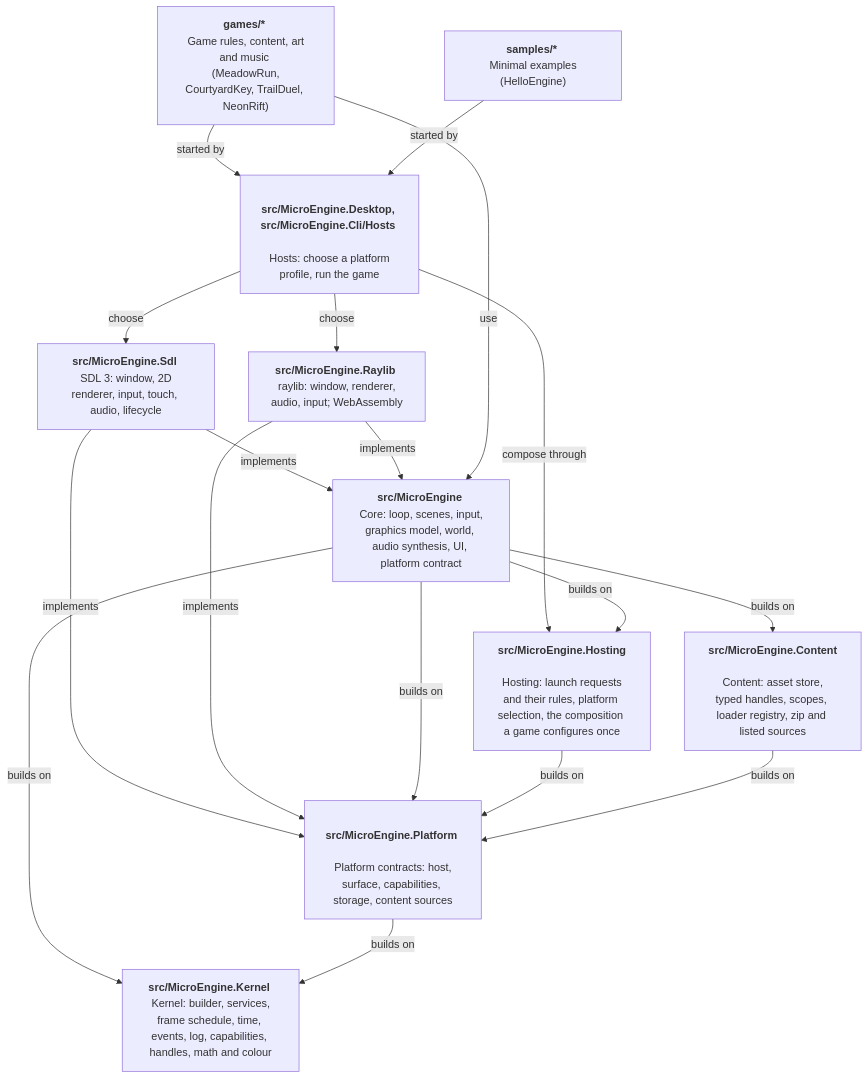
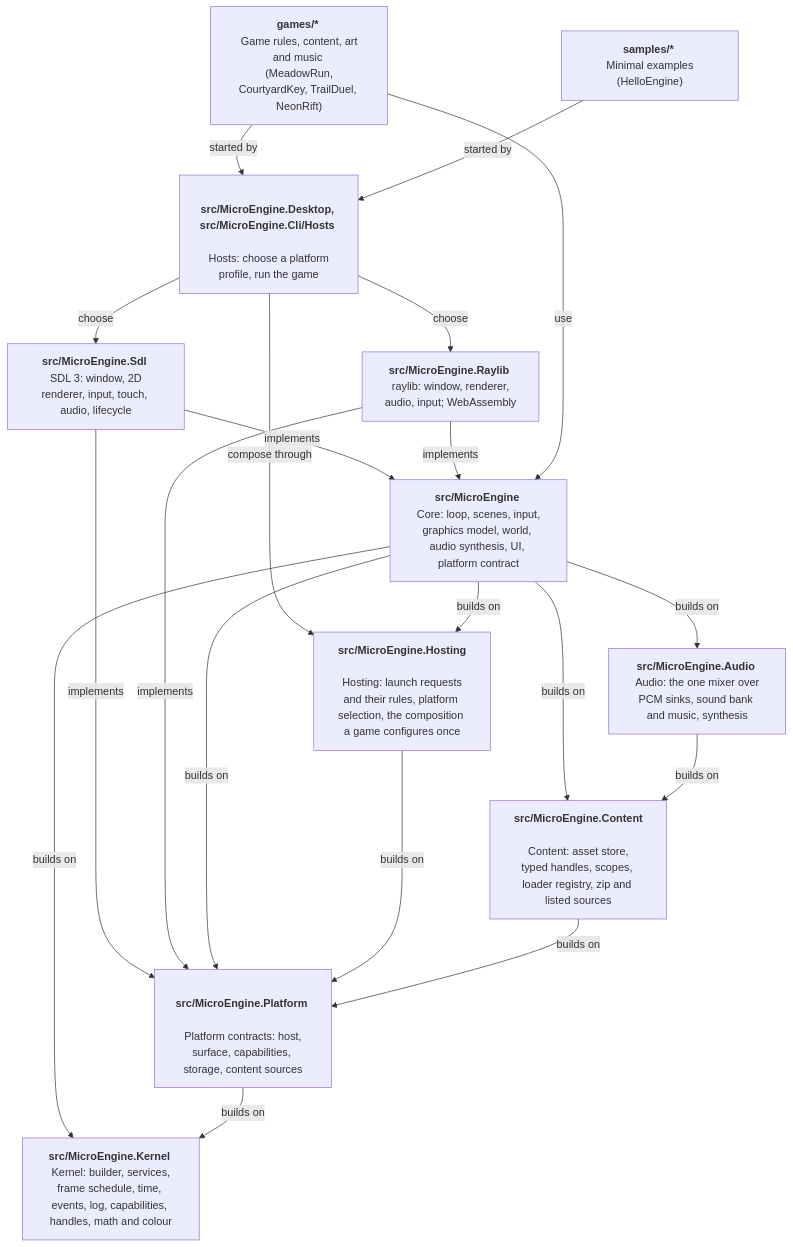
The diagram in docs/architecture.md (NastMz/MicroEngine), drawn with Mermaid before and after one commit. The commit also changed other lines of this file and 41 other files, not shown here.

Commit message:
docs: one mixer on every platform; ADR 0033

````diff
--- a/docs/architecture.md
+++ b/docs/architecture.md
@@ -11,32 +11,35 @@
 ```mermaid
 flowchart TB
   accTitle: Layers
   accDescr: Games and samples start through the hosts, which compose them through hosting and offer the SDL and raylib backends; both implement the platform contract, which builds on the kernel.
   games["<b> games/* </b> <br/> Game rules, content, art and music <br/> (MeadowRun, CourtyardKey, TrailDuel, NeonRift)"]
   samples["<b> samples/* </b> <br/> Minimal examples (HelloEngine)"]
   hosts["<b> src/MicroEngine.Desktop, src/MicroEngine.Cli/Hosts </b> <br/> Hosts: choose a platform profile, run the game"]
   sdl["<b> src/MicroEngine.Sdl </b> <br/> SDL 3: window, 2D renderer, input, touch, audio, lifecycle"]
   raylib["<b> src/MicroEngine.Raylib </b> <br/> raylib: window, renderer, audio, input; WebAssembly"]
   core["<b> src/MicroEngine </b> <br/> Core: loop, scenes, input, graphics model, world, audio synthesis, UI, platform contract"]
   platform["<b> src/MicroEngine.Platform </b> <br/> Platform contracts: host, surface, capabilities, storage, content sources"]
   hosting["<b> src/MicroEngine.Hosting </b> <br/> Hosting: launch requests and their rules, platform selection, the composition a game configures once"]
   content["<b> src/MicroEngine.Content </b> <br/> Content: asset store, typed handles, scopes, loader registry, zip and listed sources"]
+  audio["<b> src/MicroEngine.Audio </b> <br/> Audio: the one mixer over PCM sinks, sound bank and music, synthesis"]
   kernel["<b> src/MicroEngine.Kernel </b> <br/> Kernel: builder, services, frame schedule, time, events, log, capabilities, handles, math and colour"]
   games -- started by --> hosts
   samples -- started by --> hosts
   hosts -- choose --> sdl
   hosts -- choose --> raylib
   hosts -- compose through --> hosting
   sdl -- implements --> core
   raylib -- implements --> core
   sdl -- implements --> platform
   raylib -- implements --> platform
   games -- use --> core
   core -- builds on --> platform
   core -- builds on --> kernel
   platform -- builds on --> kernel
   core -- builds on --> hosting
   hosting -- builds on --> platform
   core -- builds on --> content
   content -- builds on --> platform
+  core -- builds on --> audio
+  audio -- builds on --> content
 ```
````
